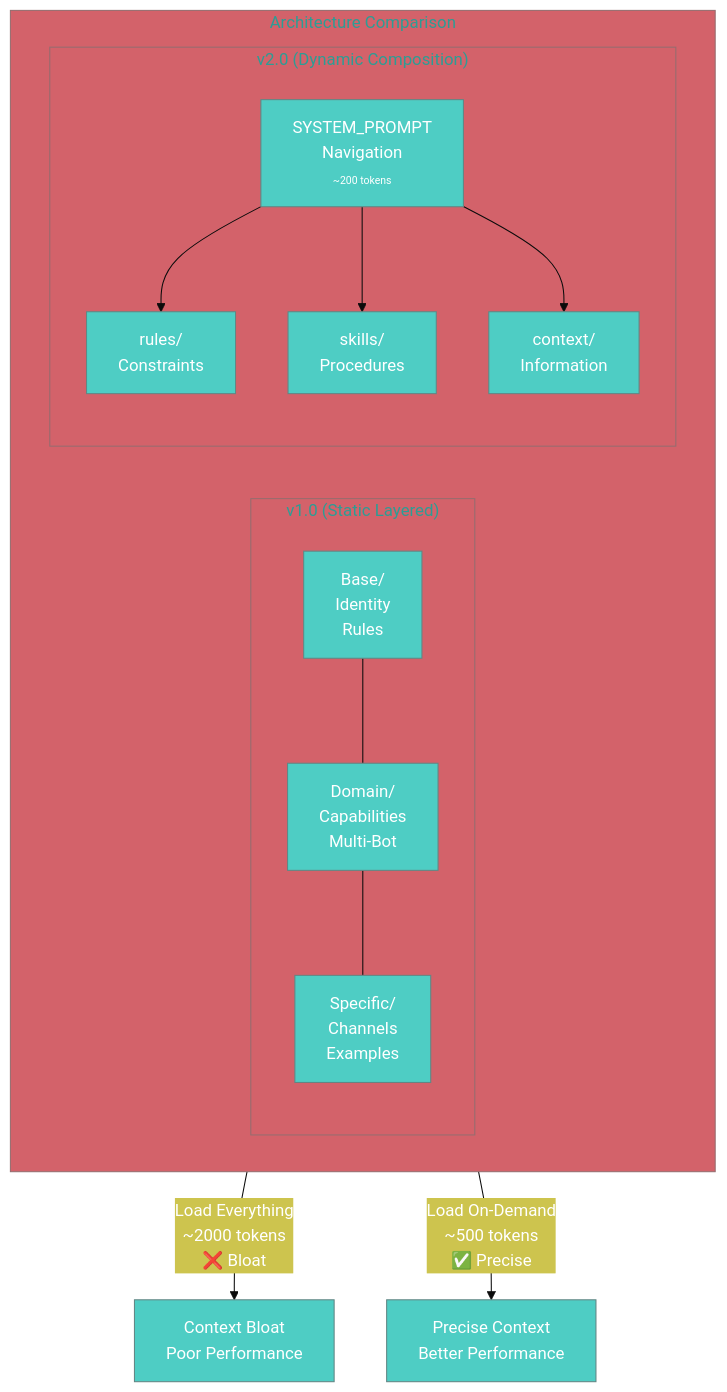
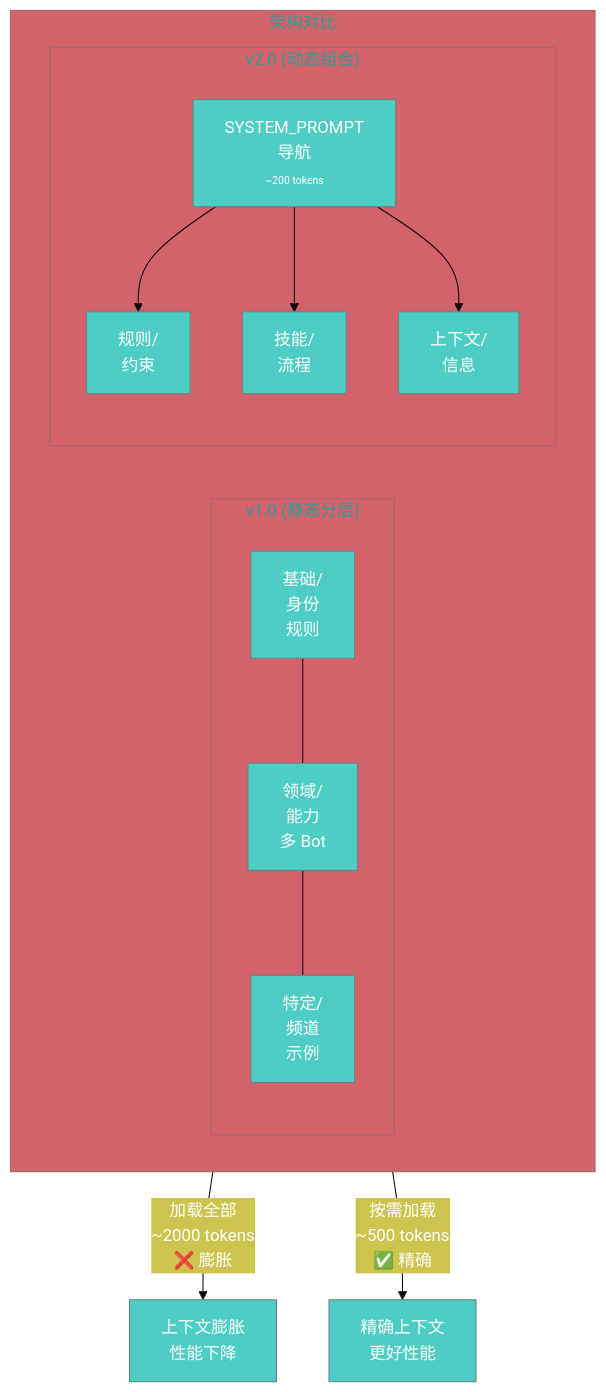
Diagram 11 of 13 in prompts/README.md (unlimblue/ai-toolbox), drawn with Mermaid before and after one commit. The commit also changed other lines of this file, not shown here.

````diff
--- a/prompts/README.md
+++ b/prompts/README.md
@@ -362,48 +364,48 @@
 ```mermaid
 %%{init: {'theme': 'base', 'themeVariables': { 'primaryColor': '#4ecdc4', 'primaryTextColor': '#fff'}}}%%
 flowchart TB
-    subgraph Comparison["Architecture Comparison"]
+    subgraph Comparison["架构对比"]
         direction LR
         
-        subgraph V1["v1.0 (Static Layered)"]
-            V1_1["Base/
-Identity
-Rules"]
-            V1_2["Domain/
-Capabilities
-Multi-Bot"]
-            V1_3["Specific/
-Channels
-Examples"]
+        subgraph V1["v1.0 (静态分层)"]
+            V1_1["基础/
+身份
+规则"]
+            V1_2["领域/
+能力
+多 Bot"]
+            V1_3["特定/
+频道
+示例"]
             
             V1_1 --- V1_2 --- V1_3
         end
         
-        subgraph V2["v2.0 (Dynamic Composition)"]
+        subgraph V2["v2.0 (动态组合)"]
             V2_1["SYSTEM_PROMPT
-Navigation
+导航
 <span style='font-size:10px'>~200 tokens</span>"]
             
-            V2_2["rules/
-Constraints"]
-            V2_3["skills/
-Procedures"]
-            V2_4["context/
-Information"]
+            V2_2["规则/
+约束"]
+            V2_3["技能/
+流程"]
+            V2_4["上下文/
+信息"]
             
             V2_1 --> V2_2
             V2_1 --> V2_3
             V2_1 --> V2_4
         end
     end
     
-    V1 -->|"Load Everything
+    V1 -->|"加载全部
 ~2000 tokens
-❌ Bloat"| Problem["Context Bloat
-Poor Performance"]
+❌ 膨胀"| Problem["上下文膨胀
+性能下降"]
     
-    V2 -->|"Load On-Demand
+    V2 -->|"按需加载
 ~500 tokens
-✅ Precise"| Benefit["Precise Context
-Better Performance"]
+✅ 精确"| Benefit["精确上下文
+更好性能"]
 ```
````
